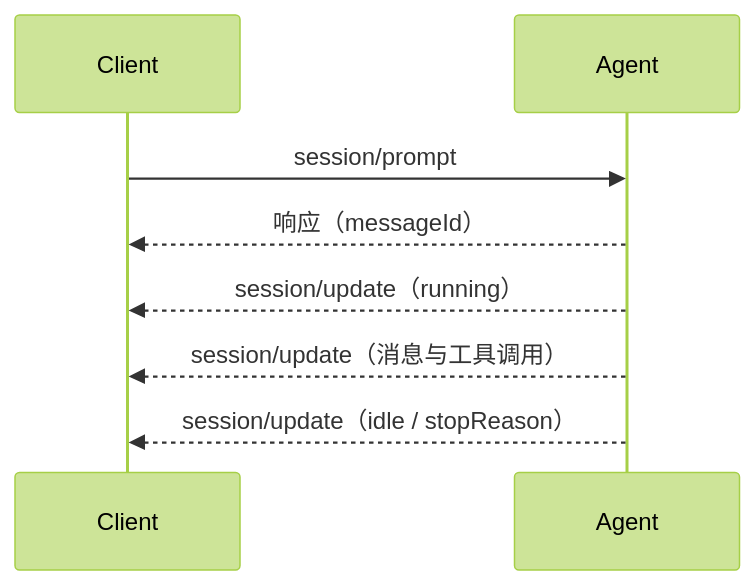
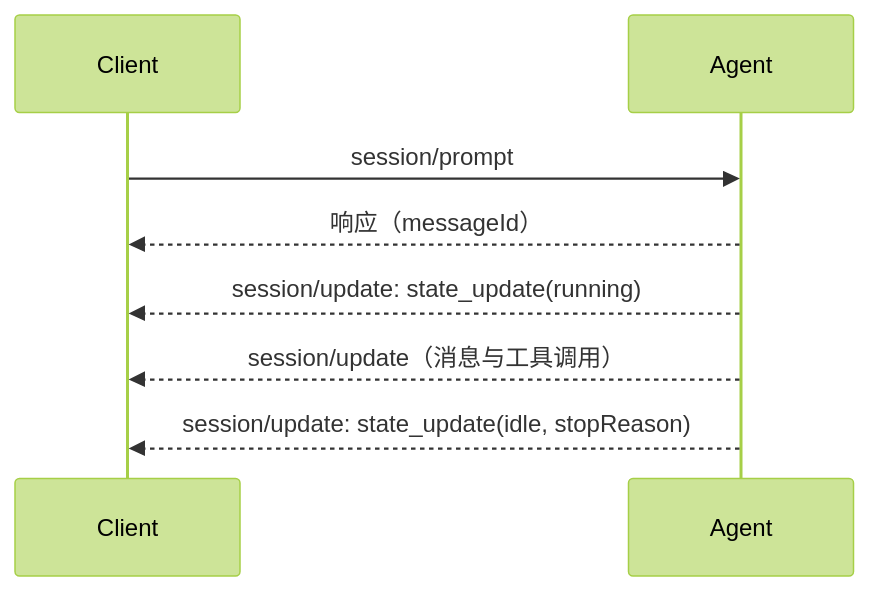
The fifth of 8 diagrams in src/content/posts/tech/from-language-servers-to-ai-agents.md (SSJ-ZYJ/SSJ-Blog), drawn with Mermaid (forest theme) before and after one commit. The commit also changed other lines of this file, not shown here.

````diff
--- a/src/content/posts/tech/from-language-servers-to-ai-agents.md
+++ b/src/content/posts/tech/from-language-servers-to-ai-agents.md
@@ -183,10 +183,10 @@
 ```mermaid
 sequenceDiagram
     participant C as Client
     participant A as Agent
     C->>A: session/prompt
     A-->>C: 响应（messageId）
-    A-->>C: session/update（running）
+    A-->>C: session/update: state_update(running)
     A-->>C: session/update（消息与工具调用）
-    A-->>C: session/update（idle / stopReason）
+    A-->>C: session/update: state_update(idle, stopReason)
 ```
````
